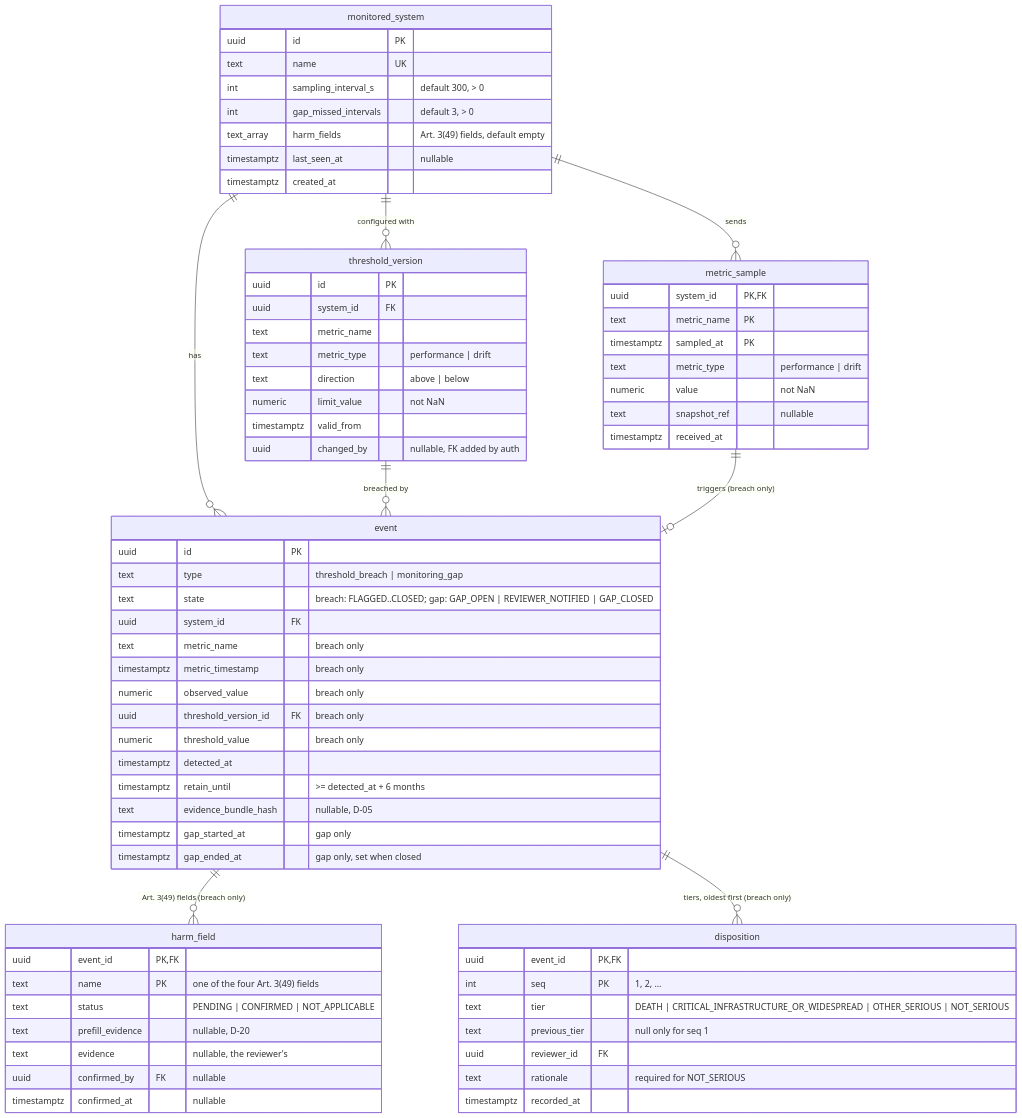
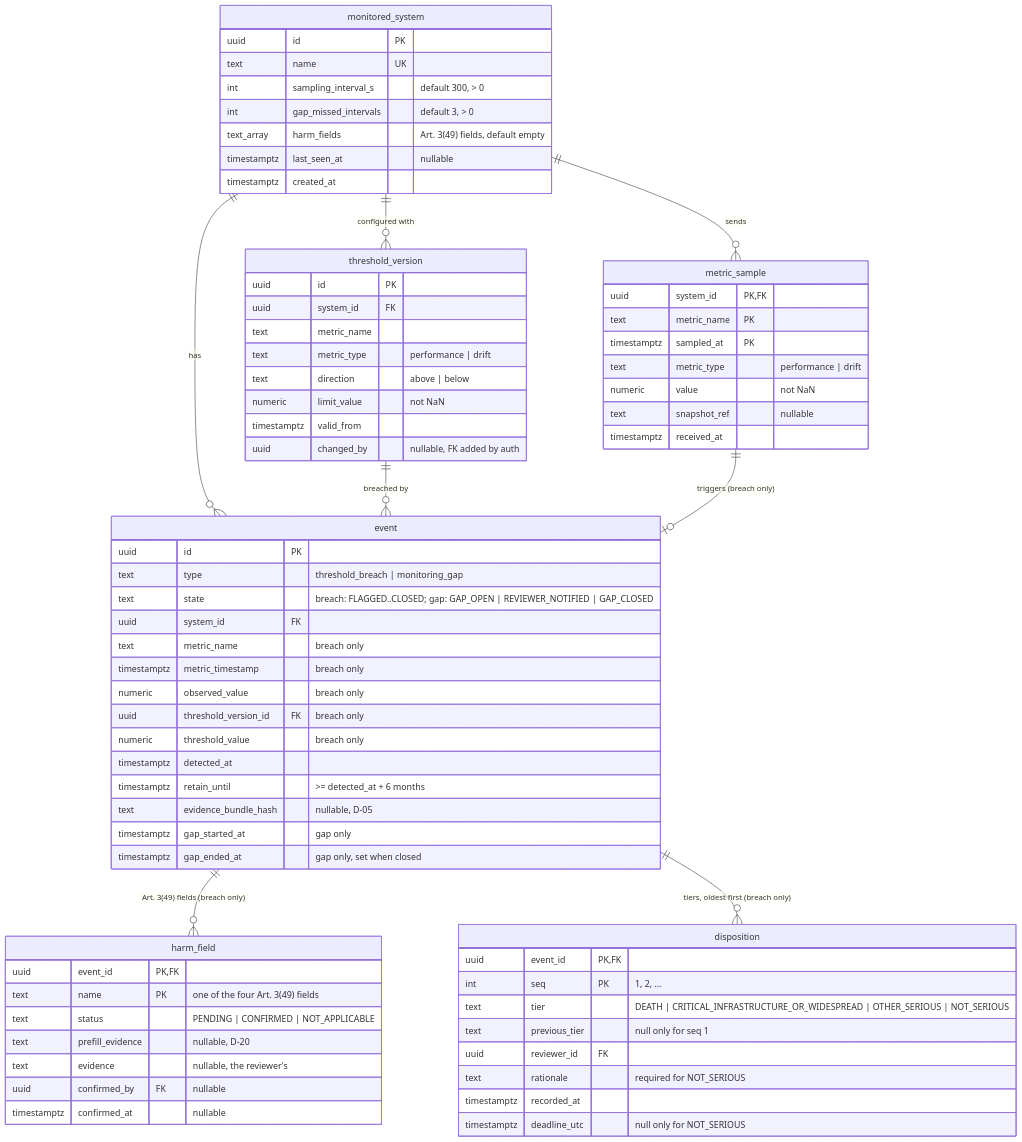
Before and after one commit to aryan0dhi/ai-compliance-monitor: the diagram in docs/database.md, drawn with Mermaid. The commit also changed other lines of this file and 15 other files, not shown here.

````diff
--- a/docs/database.md
+++ b/docs/database.md
@@ -18,73 +19,74 @@
 ```mermaid
 erDiagram
     monitored_system ||--o{ metric_sample : "sends"
     monitored_system ||--o{ threshold_version : "configured with"
     monitored_system ||--o{ event : "has"
     threshold_version ||--o{ event : "breached by"
     metric_sample ||--o| event : "triggers (breach only)"
     event ||--o{ harm_field : "Art. 3(49) fields (breach only)"
     event ||--o{ disposition : "tiers, oldest first (breach only)"
 
     monitored_system {
         uuid id PK
         text name UK
         int sampling_interval_s "default 300, > 0"
         int gap_missed_intervals "default 3, > 0"
         text_array harm_fields "Art. 3(49) fields, default empty"
         timestamptz last_seen_at "nullable"
         timestamptz created_at
     }
     metric_sample {
         uuid system_id PK,FK
         text metric_name PK
         timestamptz sampled_at PK
         text metric_type "performance | drift"
         numeric value "not NaN"
         text snapshot_ref "nullable"
         timestamptz received_at
     }
     threshold_version {
         uuid id PK
         uuid system_id FK
         text metric_name
         text metric_type "performance | drift"
         text direction "above | below"
         numeric limit_value "not NaN"
         timestamptz valid_from
         uuid changed_by "nullable, FK added by auth"
     }
     event {
         uuid id PK
         text type "threshold_breach | monitoring_gap"
         text state "breach: FLAGGED..CLOSED; gap: GAP_OPEN | REVIEWER_NOTIFIED | GAP_CLOSED"
         uuid system_id FK
         text metric_name "breach only"
         timestamptz metric_timestamp "breach only"
         numeric observed_value "breach only"
         uuid threshold_version_id FK "breach only"
         numeric threshold_value "breach only"
         timestamptz detected_at
         timestamptz retain_until ">= detected_at + 6 months"
         text evidence_bundle_hash "nullable, D-05"
         timestamptz gap_started_at "gap only"
         timestamptz gap_ended_at "gap only, set when closed"
     }
     harm_field {
         uuid event_id PK,FK
         text name PK "one of the four Art. 3(49) fields"
         text status "PENDING | CONFIRMED | NOT_APPLICABLE"
         text prefill_evidence "nullable, D-20"
         text evidence "nullable, the reviewer's"
         uuid confirmed_by FK "nullable"
         timestamptz confirmed_at "nullable"
     }
     disposition {
         uuid event_id PK,FK
         int seq PK "1, 2, ..."
         text tier "DEATH | CRITICAL_INFRASTRUCTURE_OR_WIDESPREAD | OTHER_SERIOUS | NOT_SERIOUS"
         text previous_tier "null only for seq 1"
         uuid reviewer_id FK
         text rationale "required for NOT_SERIOUS"
         timestamptz recorded_at
+        timestamptz deadline_utc "null only for NOT_SERIOUS"
     }
 ```
````
